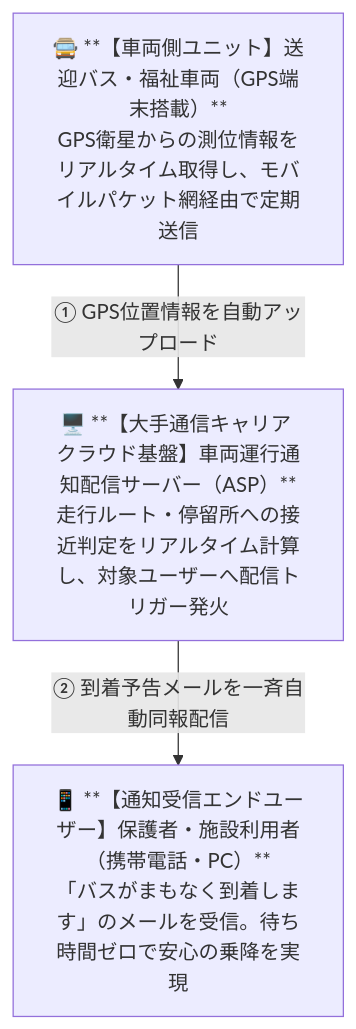
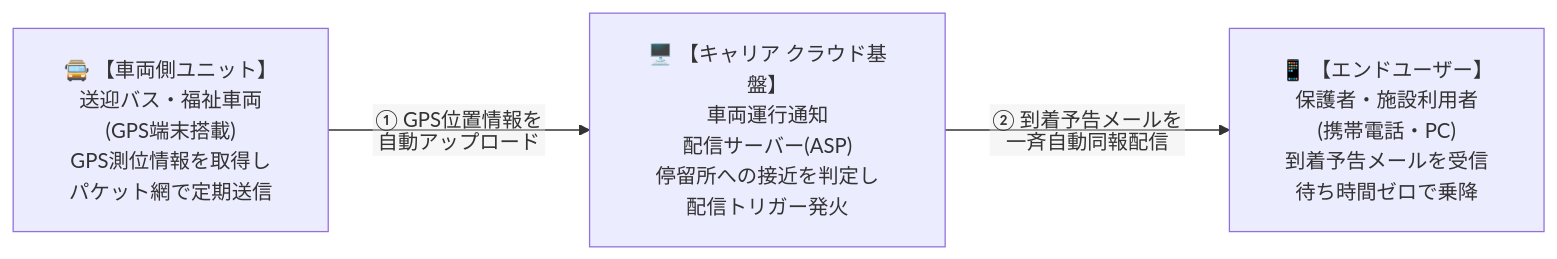
The first of 4 diagrams in README.md (imo96/service-planning-architecture-portfolio), drawn with Mermaid before and after one commit. The commit also changed other lines of this file, not shown here.

First line of the commit message:
Mermaid図を横連結に変更し、ボックス内の文字見切れを改善

````diff
--- a/README.md
+++ b/README.md
@@ -67,9 +67,10 @@
 ```mermaid
-flowchart TD
-    V["🚍 **【車両側ユニット】送迎バス・福祉車両（GPS端末搭載）**<br/>GPS衛星からの測位情報をリアルタイム取得し、モバイルパケット網経由で定期送信"]
-    S["🖥️ **【大手通信キャリア クラウド基盤】車両運行通知配信サーバー（ASP）**<br/>走行ルート・停留所への接近判定をリアルタイム計算し、対象ユーザーへ配信トリガー発火"]
-    U["📱 **【通知受信エンドユーザー】保護者・施設利用者（携帯電話・PC）**<br/>「バスがまもなく到着します」のメールを受信。待ち時間ゼロで安心の乗降を実現"]
+%%{init: {"flowchart": {"htmlLabels": false, "padding": 20, "nodeSpacing": 40, "rankSpacing": 70}}}%%
+flowchart LR
+    V["🚍 【車両側ユニット】<br>送迎バス・福祉車両<br>(GPS端末搭載)<br>GPS測位情報を取得し<br>パケット網で定期送信"]
+    S["🖥️ 【キャリア クラウド基盤】<br>車両運行通知<br>配信サーバー(ASP)<br>停留所への接近を判定し<br>配信トリガー発火"]
+    U["📱 【エンドユーザー】<br>保護者・施設利用者<br>(携帯電話・PC)<br>到着予告メールを受信<br>待ち時間ゼロで乗降"]
 
-    V -->|"① GPS位置情報を自動アップロード"| S
-    S -->|"② 到着予告メールを一斉自動同報配信"| U
+    V -->|"① GPS位置情報を<br>自動アップロード"| S
+    S -->|"② 到着予告メールを<br>一斉自動同報配信"| U
 ```
````
